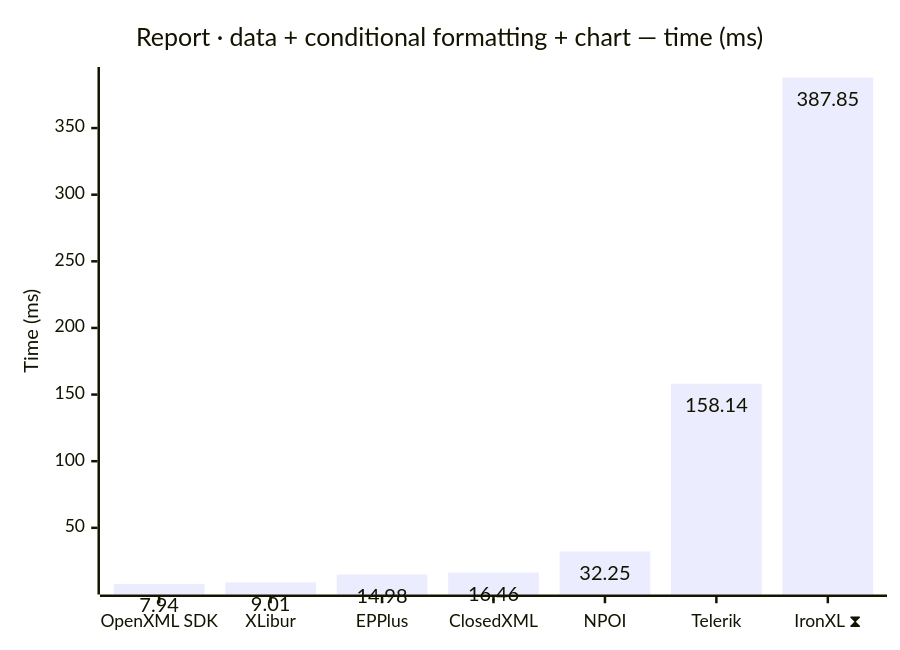
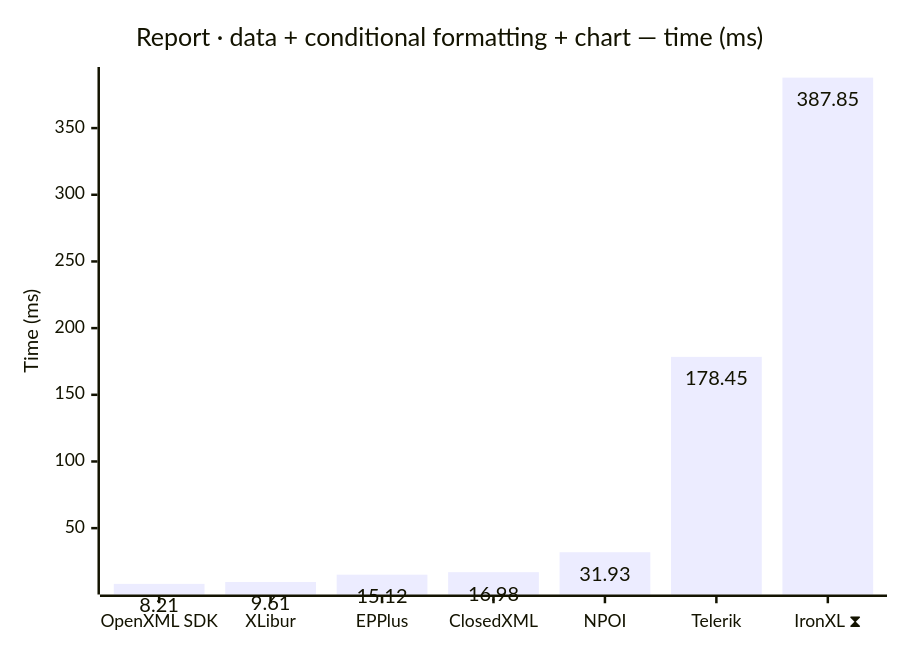
One commit to jafin/XLBench changed the seventh of 12 diagrams in docs/results.md. Above: the diagram before and after it, drawn with Mermaid. The commit also changed other lines of this file and 2 other files, not shown here.

````diff
--- a/docs/results.md
+++ b/docs/results.md
@@ -118,12 +118,12 @@
 ```mermaid
 ---
 config:
   xyChart:
     showDataLabel: true
 ---
 xychart-beta
     title "Report · data + conditional formatting + chart — time (ms)"
     x-axis ["OpenXML SDK", "XLibur", "EPPlus", "ClosedXML", "NPOI", "Telerik", "IronXL ⧗"]
     y-axis "Time (ms)"
-    bar [7.94, 9.01, 14.98, 16.46, 32.25, 158.14, 387.85]
+    bar [8.21, 9.61, 15.12, 16.98, 31.93, 178.45, 387.85]
 ```
````
